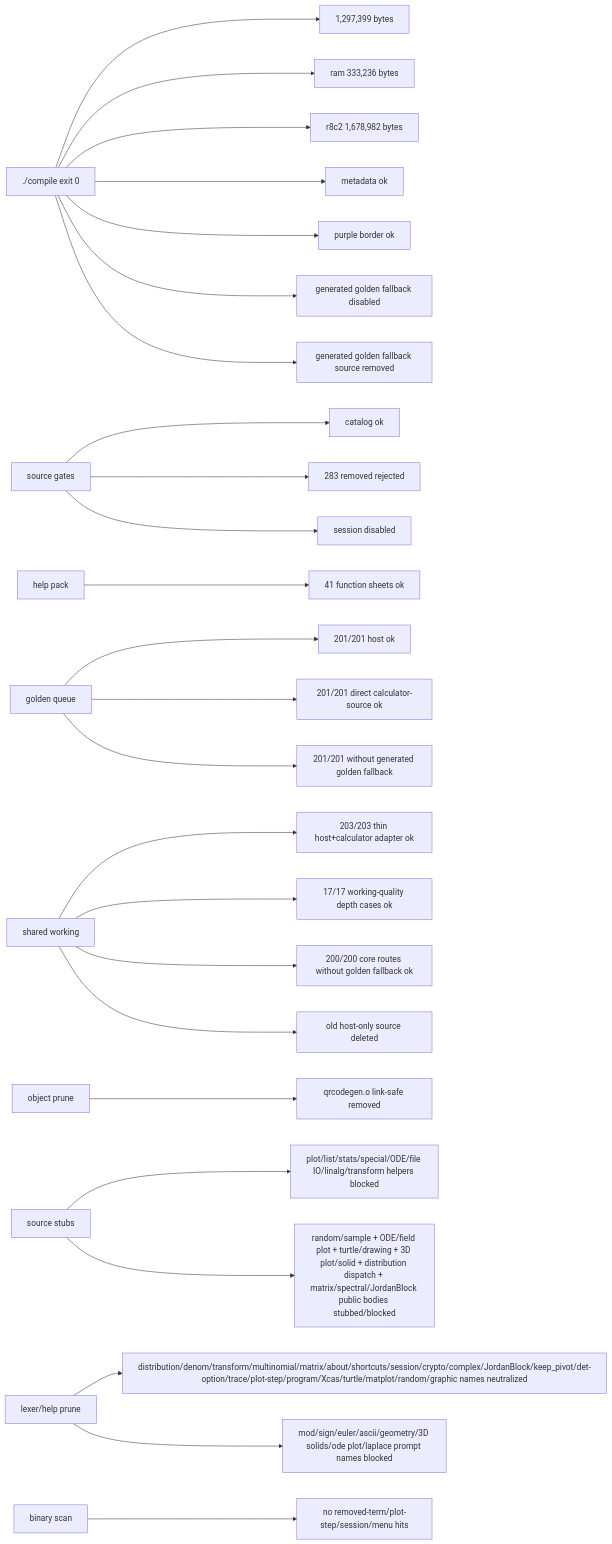
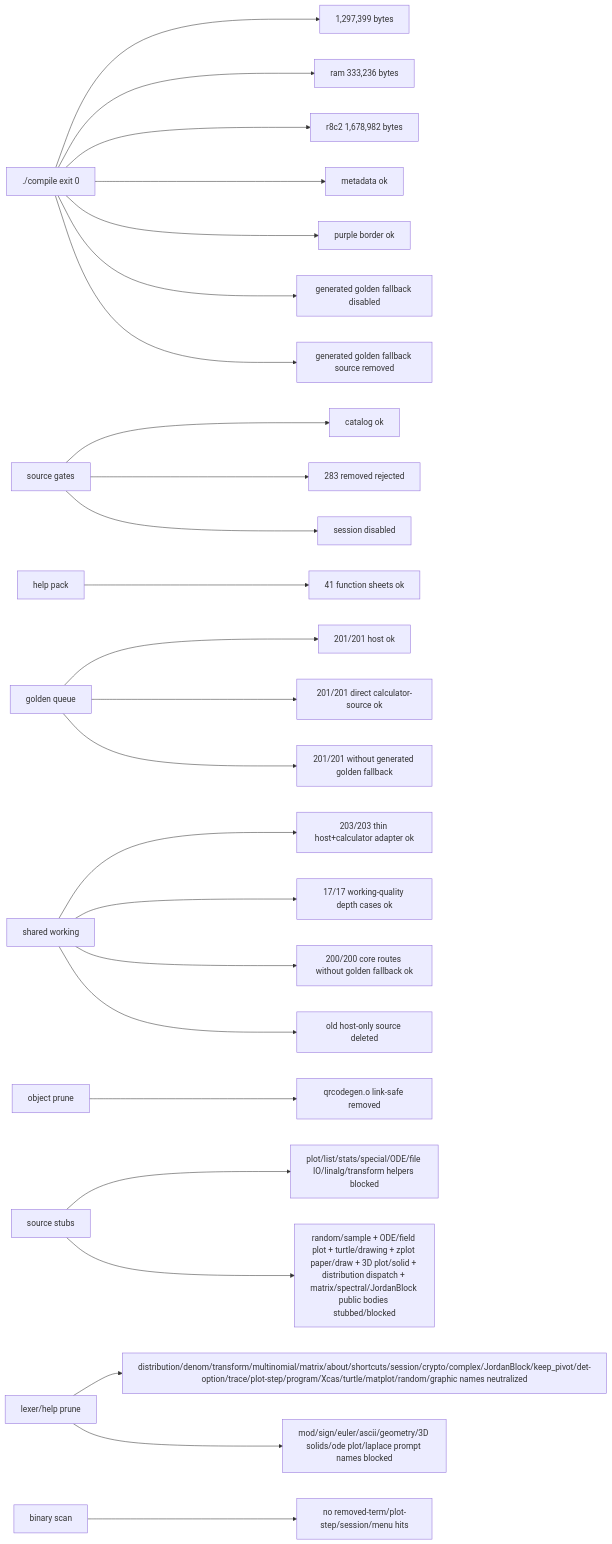
The seventh of 7 diagrams in docs/GRAPH.md (james8464/notes-addin-casio-fx-cg50), drawn with Mermaid before and after one commit. The commit also changed other lines of this file and 2 other files, not shown here.

Commit message:
prune: compile out zplot draw wrappers

````diff
--- a/docs/GRAPH.md
+++ b/docs/GRAPH.md
@@ -177,27 +179,27 @@
 ```mermaid
 graph LR
   Build["./compile exit 0"] --> Size["1,297,399 bytes"]
   Build --> Ram["ram 333,236 bytes"]
   Build --> R8C2["r8c2 1,678,982 bytes"]
   Build --> Meta["metadata ok"]
   Build --> Border["purple border ok"]
   Build --> NoRuntimeFallback["generated golden fallback disabled"]
   Build --> NoRuntimeSource["generated golden fallback source removed"]
   Source["source gates"] --> Catalog["catalog ok"]
   Source --> Removed["283 removed rejected"]
   Source --> Session["session disabled"]
   Help["help pack"] --> HelpQ["41 function sheets ok"]
   Queue["golden queue"] --> QueueRun["201/201 host ok"]
   Queue --> GoldenRun["201/201 direct calculator-source ok"]
   Queue --> NoGolden["201/201 without generated golden fallback"]
   Shared["shared working"] --> SharedRun["203/203 thin host+calculator adapter ok"]
   Shared --> WorkQ["17/17 working-quality depth cases ok"]
   Shared --> CoreRun["200/200 core routes without golden fallback ok"]
   Shared --> NoHostSrc["old host-only source deleted"]
   Obj["object prune"] --> QR["qrcodegen.o link-safe removed"]
   Macro["source stubs"] --> Stubbed["plot/list/stats/special/ODE/file IO/linalg/transform helpers blocked"]
-  Macro --> RuntimeStubbed["random/sample + ODE/field plot + turtle/drawing + 3D plot/solid + distribution dispatch + matrix/spectral/JordanBlock public bodies stubbed/blocked"]
+  Macro --> RuntimeStubbed["random/sample + ODE/field plot + turtle/drawing + zplot paper/draw + 3D plot/solid + distribution dispatch + matrix/spectral/JordanBlock public bodies stubbed/blocked"]
   Static["lexer/help prune"] --> StaticRun["distribution/denom/transform/multinomial/matrix/about/shortcuts/session/crypto/complex/JordanBlock/keep_pivot/det-option/trace/plot-step/program/Xcas/turtle/matplot/random/graphic names neutralized"]
   Static --> PromptRun["mod/sign/euler/ascii/geometry/3D solids/ode plot/laplace prompt names blocked"]
   Bin["binary scan"] --> NoLeak["no removed-term/plot-step/session/menu hits"]
 ```
````
